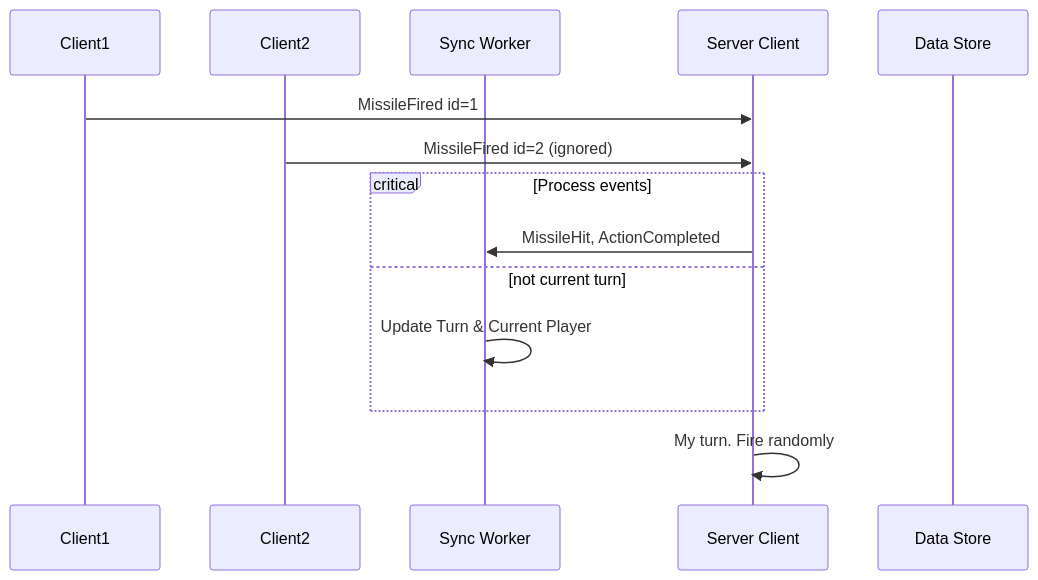
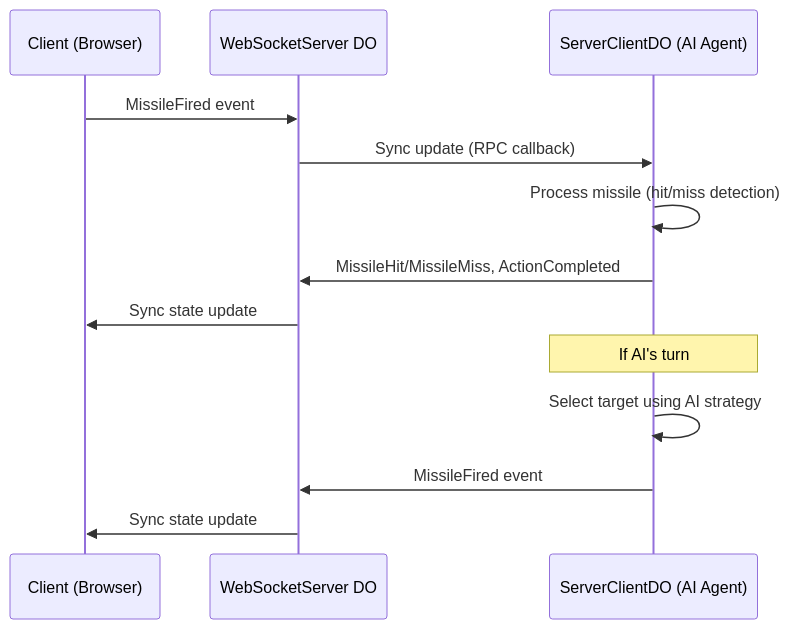
The first of 2 diagrams in README.md (OpenHackersClub/battleship), drawn with Mermaid before and after one commit. The commit also changed other lines of this file, not shown here.

````diff
--- a/README.md
+++ b/README.md
@@ -68,38 +68,17 @@
 ```mermaid
-	
-sequenceDiagram	
-	participant C1 as Client1
-	
-	participant C2 as Client2
-	
-	participant SY as Sync Worker
-	
-	participant SC as Server Client
-	
-	participant DS as Data Store
-	
-	
-	%% ---------- Game Setup ----------
-	
-	  
-	
-	C1->>SC: MissileFired id=1
-	
-	C2->>SC: MissileFired id=2 (ignored)
-	
-	  
-	
-	critical Process events
-	
-	  SC->>SY: MissileHit, ActionCompleted
-	
-	option not current turn
-	
-	  SY->>SY: Update Turn & Current Player
-	
-	end
-	
-	SC->>SC: My turn. Fire randomly
+sequenceDiagram
+    participant C as Client (Browser)
+    participant WS as WebSocketServer DO
+    participant SC as ServerClientDO (AI Agent)
 
-  
+    C->>WS: MissileFired event
+    WS->>SC: Sync update (RPC callback)
+    SC->>SC: Process missile (hit/miss detection)
+    SC->>WS: MissileHit/MissileMiss, ActionCompleted
+    WS->>C: Sync state update
+
+    Note over SC: If AI's turn
+    SC->>SC: Select target using AI strategy
+    SC->>WS: MissileFired event
+    WS->>C: Sync state update
 ```
````
